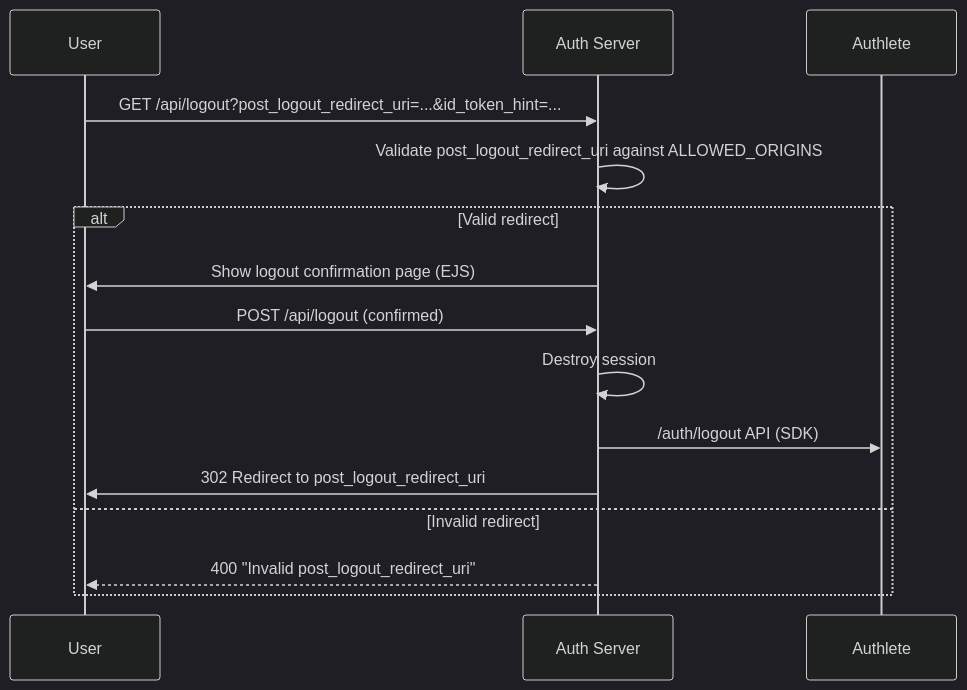
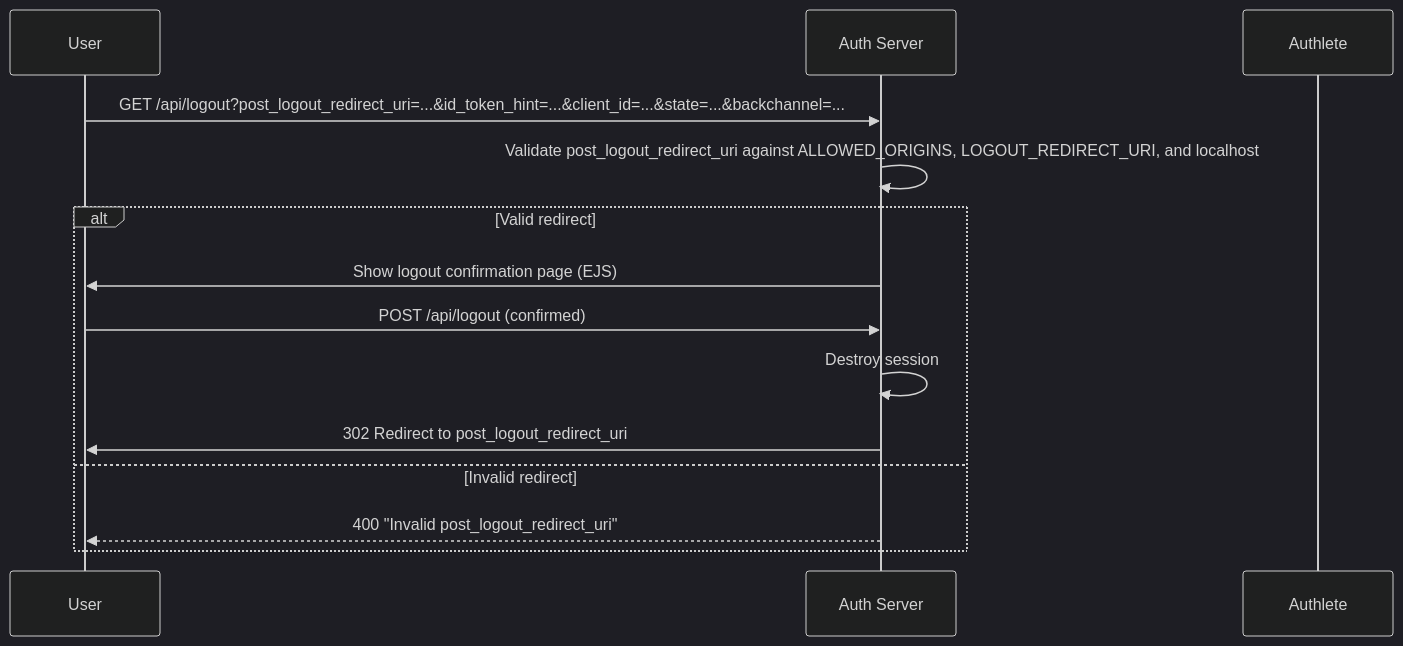
Before and after one commit to blackadi/OAUTH2.0: the fourth of 12 diagrams in docs/DATA-FLOWS.md, drawn with Mermaid. The commit also changed other lines of this file and 6 other files, not shown here.

````diff
--- a/docs/DATA-FLOWS.md
+++ b/docs/DATA-FLOWS.md
@@ -145,20 +145,19 @@
 ```mermaid
 %%{init: {'theme': 'dark', 'themeVariables': { 'primaryColor': '#1e293b', 'primaryTextColor': '#e2e8f0', 'primaryBorderColor': '#475569', 'lineColor': '#6366f1', 'secondaryColor': '#0f172a', 'tertiaryColor': '#334155', 'fontFamily': 'Inter'}}}%%
 sequenceDiagram
     participant U as User
     participant AS as Auth Server
     participant AL as Authlete
     
-    U->>AS: GET /api/logout?post_logout_redirect_uri=...&id_token_hint=...
-    AS->>AS: Validate post_logout_redirect_uri against ALLOWED_ORIGINS
+    U->>AS: GET /api/logout?post_logout_redirect_uri=...&id_token_hint=...&client_id=...&state=...&backchannel=...
+    AS->>AS: Validate post_logout_redirect_uri against ALLOWED_ORIGINS, LOGOUT_REDIRECT_URI, and localhost
     
     alt Valid redirect
         AS->>U: Show logout confirmation page (EJS)
         U->>AS: POST /api/logout (confirmed)
         AS->>AS: Destroy session
-        AS->>AL: /auth/logout API (SDK)
         AS->>U: 302 Redirect to post_logout_redirect_uri
     else Invalid redirect
         AS-->>U: 400 "Invalid post_logout_redirect_uri"
     end
 ```
````
